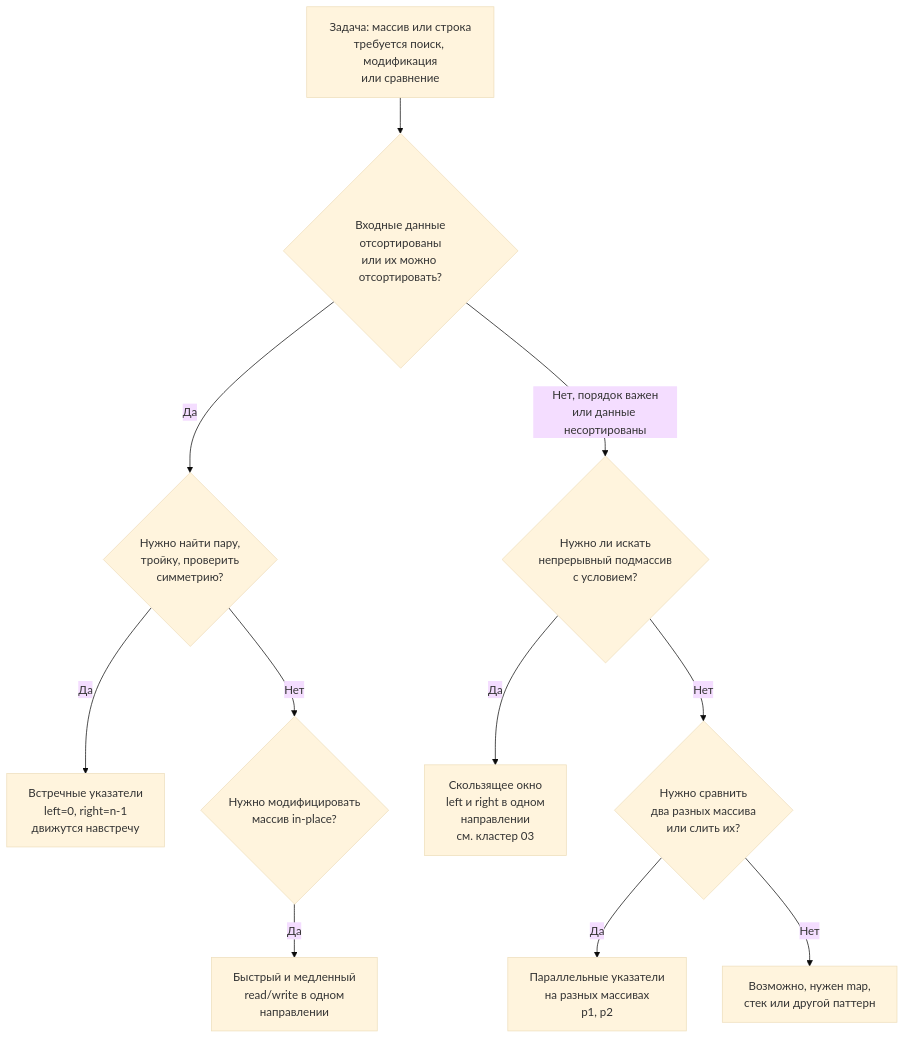
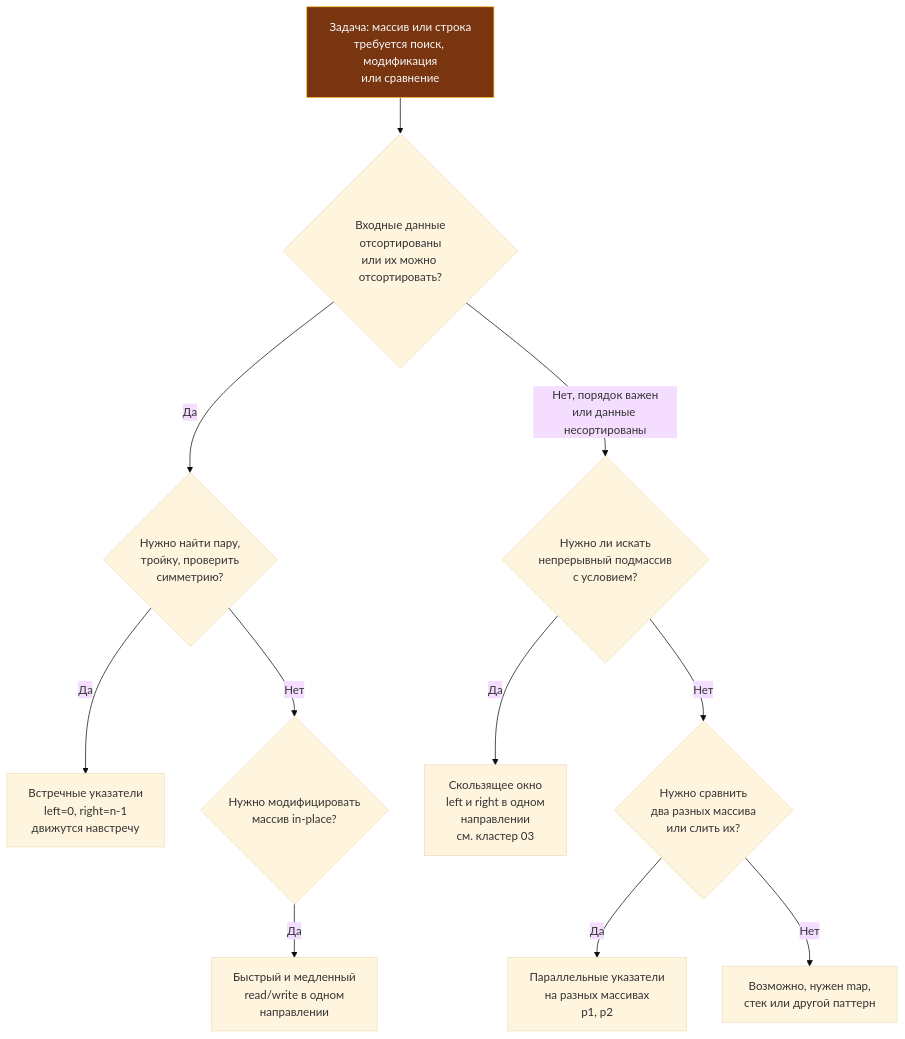
Before and after one commit to UnrealTemplier/go-textbook: the diagram in sources/21. Задачи с LeetCode и собеседований на Go/02. Задачи/02. Два указателя/2. Варианты применения.md, drawn with Mermaid (base theme). The commit also changed 1666 other files, not shown here.

First line of the commit message:
feat(mermaid): add semantic color classDef to 1369 colorless flowchart/graph diagrams

````diff
--- a/sources/21. Задачи с LeetCode и собеседований на Go/02. Задачи/02. Два указателя/2. Варианты применения.md
+++ b/sources/21. Задачи с LeetCode и собеседований на Go/02. Задачи/02. Два указателя/2. Варианты применения.md
@@ -8,14 +8,24 @@
 ```mermaid
 flowchart TD
-    Start["Задача: массив или строка<br>требуется поиск, модификация<br>или сравнение"] --> Q1{"Входные данные<br>отсортированы<br>или их можно отсортировать?"}
+    classDef process  fill:#1e293b,stroke:#38bdf8,stroke-width:1px,color:#f8fafc
+    classDef success  fill:#064e3b,stroke:#34d399,stroke-width:1px,color:#f8fafc
+    classDef error    fill:#7f1d1d,stroke:#f87171,stroke-width:1px,color:#f8fafc
+    classDef warning  fill:#78350f,stroke:#fbbf24,stroke-width:1px,color:#f8fafc
+    classDef entry    fill:#1e3a5f,stroke:#38bdf8,stroke-width:2px,color:#f8fafc
+    classDef aux      fill:#334155,stroke:#64748b,stroke-width:1px,color:#f8fafc
+    classDef system   fill:#312e81,stroke:#a78bfa,stroke-width:1px,color:#f8fafc
+    classDef data     fill:#132d29,stroke:#2dd4bf,stroke-width:1px,color:#f8fafc
+    classDef network  fill:#881337,stroke:#fb7185,stroke-width:1px,color:#f8fafc
+    classDef accent   fill:#1e1b4b,stroke:#818cf8,stroke-width:1px,color:#f8fafc
+    Start["Задача: массив или строка<br>требуется поиск, модификация<br>или сравнение"]:::warning --> Q1{"Входные данные<br>отсортированы<br>или их можно отсортировать?"}
     Q1 -->|"Да"| Q1a{"Нужно найти пару,<br>тройку, проверить<br>симметрию?"}
     Q1a -->|"Да"| Opposite["Встречные указатели<br>left=0, right=n-1<br>движутся навстречу"]
     Q1a -->|"Нет"| Q1b{"Нужно модифицировать<br>массив in-place?"}
     Q1b -->|"Да"| FastSlow["Быстрый и медленный<br>read/write в одном<br>направлении"]
     
     Q1 -->|"Нет, порядок важен<br>или данные несортированы"| Q2{"Нужно ли искать<br>непрерывный подмассив<br>с условием?"}
     Q2 -->|"Да"| Window["Скользящее окно<br>left и right в одном<br>направлении<br>см. кластер 03"]
     Q2 -->|"Нет"| Q3{"Нужно сравнить<br>два разных массива<br>или слить их?"}
     Q3 -->|"Да"| Parallel["Параллельные указатели<br>на разных массивах<br>p1, p2"]
     Q3 -->|"Нет"| MapOrOther["Возможно, нужен map,<br>стек или другой паттерн"]
 ```
````
